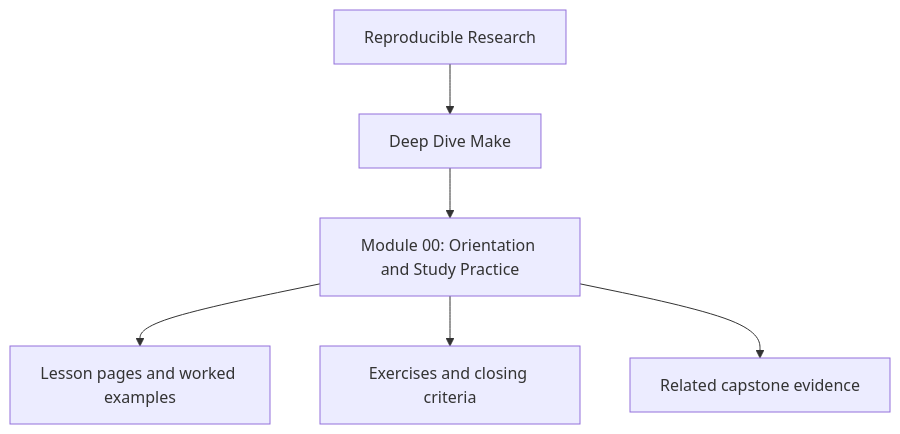
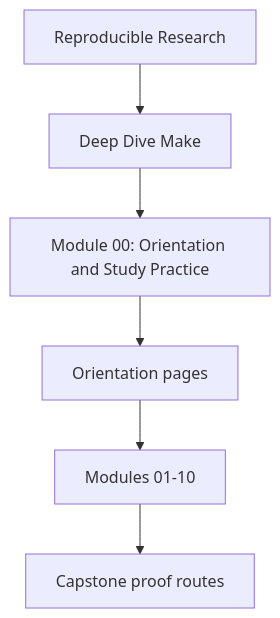
Before and after one commit to bijux/bijux-masterclass: the first of 2 diagrams in programs/reproducible-research/deep-dive-make/course-book/module-00-orientation/index.md, drawn with Mermaid. The commit also changed other lines of this file, not shown here.

Commit message:
docs(module-00): rewrite deep-dive-make orientation index

````diff
--- a/programs/reproducible-research/deep-dive-make/course-book/module-00-orientation/index.md
+++ b/programs/reproducible-research/deep-dive-make/course-book/module-00-orientation/index.md
@@ -9,8 +8,8 @@
 ```mermaid
 flowchart TD
   family["Reproducible Research"] --> program["Deep Dive Make"]
   program --> module["Module 00: Orientation and Study Practice"]
-  module --> lessons["Lesson pages and worked examples"]
-  module --> checkpoints["Exercises and closing criteria"]
-  module --> capstone["Related capstone evidence"]
+  module --> orientation["Orientation pages"]
+  orientation --> lessons["Modules 01-10"]
+  lessons --> capstone["Capstone proof routes"]
 ```
````
